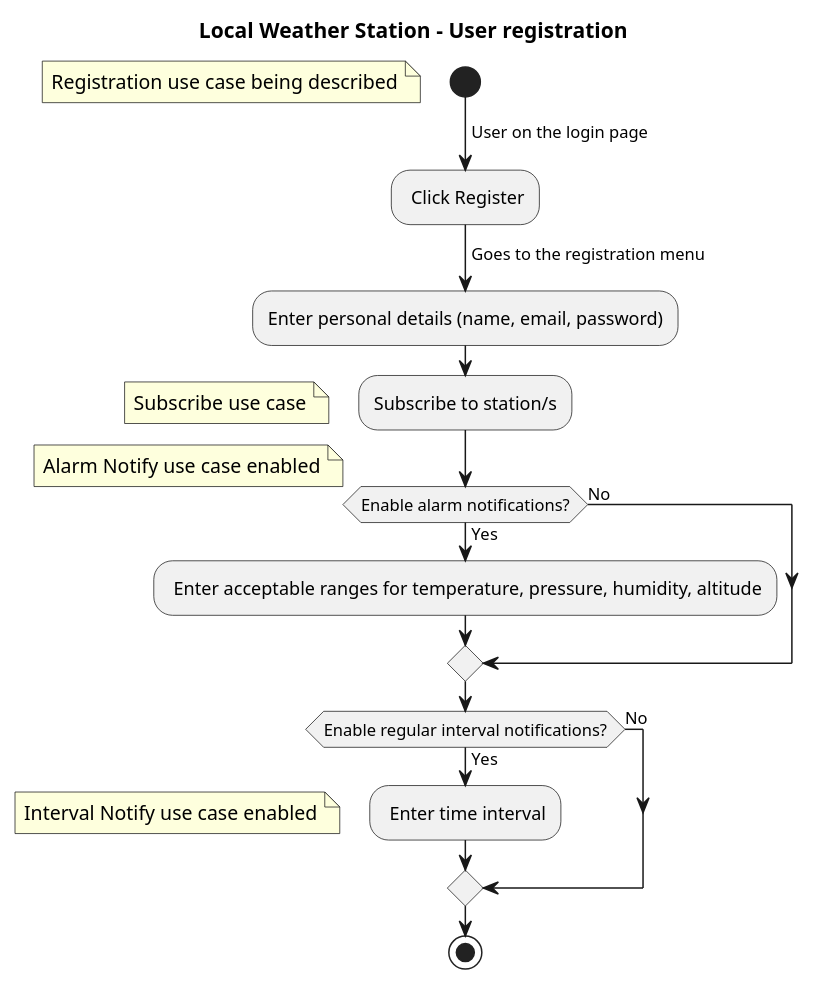
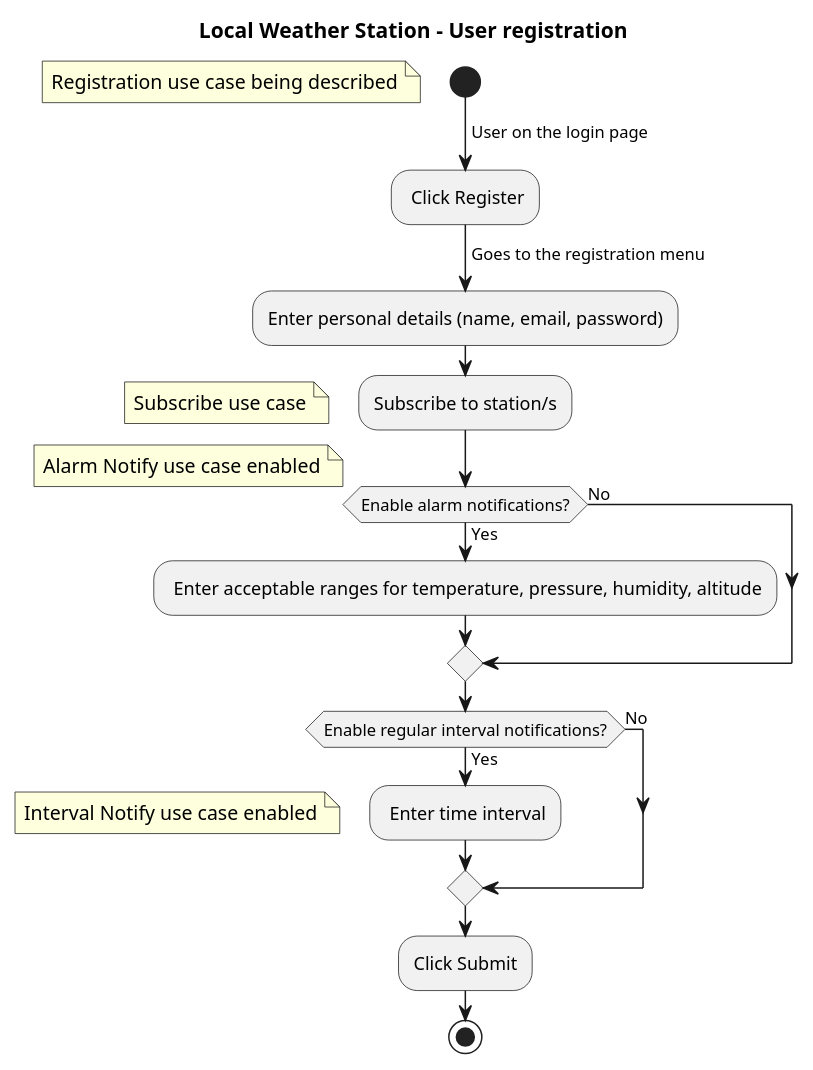
Before and after one commit to ooad-sv/semester-project-design: the diagram in diagrams/activity/Register.puml, drawn with PlantUML. The commit also changed 6 other files, not shown here.

Commit message:
sequence diagrams

```diff
--- a/diagrams/activity/Register.puml
+++ b/diagrams/activity/Register.puml
@@ -1,22 +1,23 @@
 @startuml
 title Local Weather Station - User registration
 start
 floating note left: Registration use case being described
 -> User on the login page;
 : Click Register;
 ->Goes to the registration menu;
 :Enter personal details (name, email, password);
 :Subscribe to station/s;
 floating note left: Subscribe use case
 if(Enable alarm notifications?) then (Yes)
 floating note left: Alarm Notify use case enabled
     : Enter acceptable ranges for temperature, pressure, humidity, altitude;
 else (No)
 endif
 if(Enable regular interval notifications?) then (Yes)
     : Enter time interval;
     floating note left: Interval Notify use case enabled
 else (No)
 endif
+:Click Submit;
 stop
 @enduml
```
